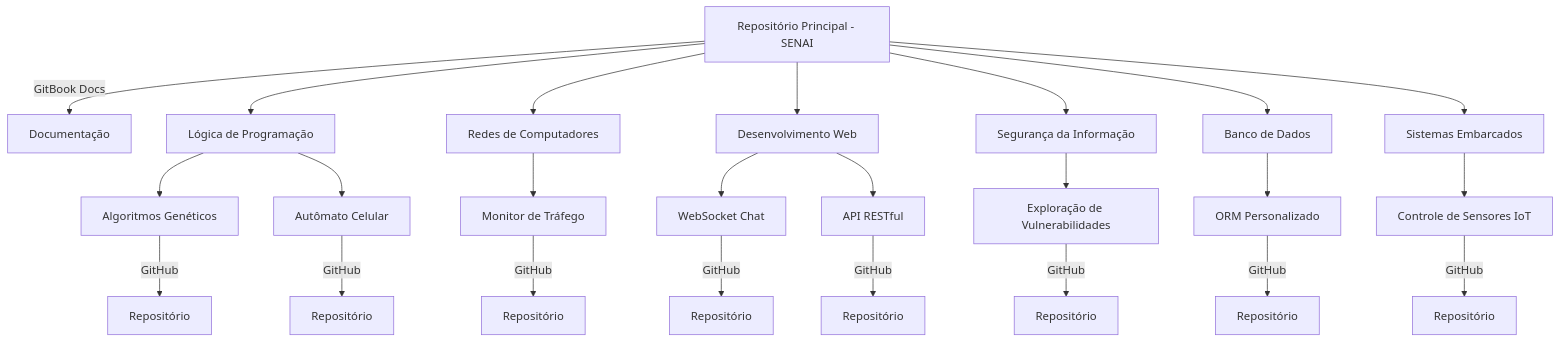
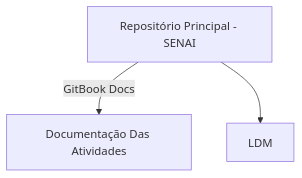
Before and after one commit to Pedro-02931/TarefasSenai: the diagram in readme.md, drawn with Mermaid. The commit also changed 3 other files, not shown here.

Commit message:
07-03-25 + Editado Mermaid + Adicionado tarefa - Resolver documentação que está no css

````diff
--- a/readme.md
+++ b/readme.md
@@ -33,40 +33,13 @@
 ```mermaid
 graph TD;
 %% Nó Principal - O Mapa Central
-    A[Repositório Principal - SENAI] -->|GitBook Docs| B[Documentação]
+    A[Repositório Principal - SENAI] -->|GitBook Docs| B[Documentação Das Atividades]
 
 %% Matérias e seus repositórios
-    A --> C[Lógica de Programação]
-    A --> D[Redes de Computadores]
-    A --> E[Desenvolvimento Web]
-    A --> F[Segurança da Informação]
-    A --> G[Banco de Dados]
-    A --> H[Sistemas Embarcados]
-
-%% Projetos por matéria
-    C --> C1[Algoritmos Genéticos] -->|GitHub| C1_repo[Repositório]
-    C --> C2[Autômato Celular] -->|GitHub| C2_repo[Repositório]
-
-    D --> D1[Monitor de Tráfego] -->|GitHub| D1_repo[Repositório]
-
-    E --> E1[WebSocket Chat] -->|GitHub| E1_repo[Repositório]
-    E --> E2[API RESTful] -->|GitHub| E2_repo[Repositório]
-
-    F --> F1[Exploração de Vulnerabilidades] -->|GitHub| F1_repo[Repositório]
-
-    G --> G1[ORM Personalizado] -->|GitHub| G1_repo[Repositório]
-
-    H --> H1[Controle de Sensores IoT] -->|GitHub| H1_repo[Repositório]
+    A --> D[LDM]
 
 %% Links Externos para GitHub e GitBook
-    click A "https://github.com/seu_usuario/SENAI" "Ver Repositório Principal"
-    click B "https://gitbook.com/seu_usuario/SENAI" "Ver Documentação"
-    click C1_repo "https://github.com/seu_usuario/Logica_AlgoritmosGeneticos" "Abrir Projeto"
-    click C2_repo "https://github.com/seu_usuario/Logica_AutomatoCelular" "Abrir Projeto"
-    click D1_repo "https://github.com/seu_usuario/Redes_MonitorTrafego" "Abrir Projeto"
-    click E1_repo "https://github.com/seu_usuario/Web_WebSocketChat" "Abrir Projeto"
-    click E2_repo "https://github.com/seu_usuario/Web_API_RESTful" "Abrir Projeto"
-    click F1_repo "https://github.com/seu_usuario/Seguranca_ExploracaoVulnerabilidades" "Abrir Projeto"
-    click G1_repo "https://github.com/seu_usuario/BD_ORM_Personalizado" "Abrir Projeto"
-    click H1_repo "https://github.com/seu_usuario/Embarcados_ControleSensoresIoT" "Abrir Projeto"
+    click A "https://github.com/Pedro-02931" "Ver Repositório Principal"
+    click B "https://senai-1.gitbook.io/senai.org/tarefas-senai/ldm" "Ver Documentação"
+    click D "https://github.com/Pedro-02931/TarefasSenai/tree/LDM"
 ```
````
